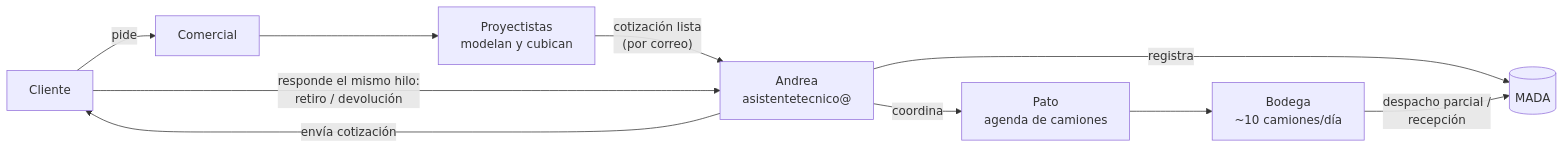
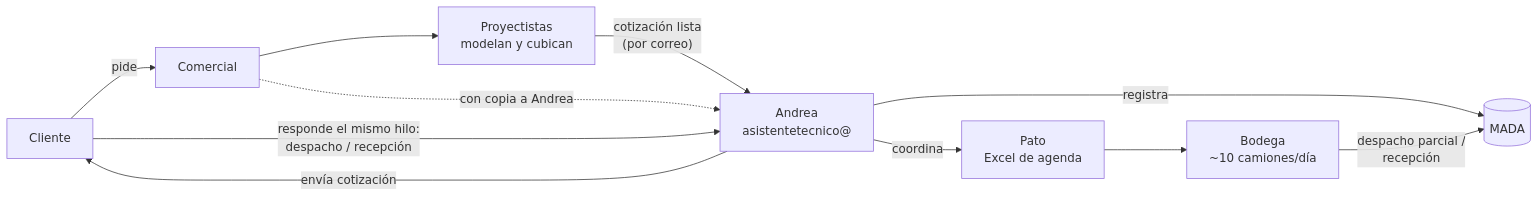
The diagram in docs/01-diagnostico.md (zhbozzo/alzatec), drawn with Mermaid before and after one commit. The commit also changed other lines of this file and 4 other files, not shown here.

First line of the commit message:
Agenda en el Excel de Pato con alerta de día copado

````diff
--- a/docs/01-diagnostico.md
+++ b/docs/01-diagnostico.md
@@ -19,12 +17,13 @@
 ```mermaid
 flowchart LR
   CL[Cliente] -->|pide| VE[Comercial]
   VE --> PR["Proyectistas<br/>modelan y cubican"]
   PR -->|"cotización lista<br/>(por correo)"| AN["Andrea<br/>asistentetecnico@"]
   AN -->|envía cotización| CL
   AN -->|registra| MADA[("MADA")]
-  CL -->|"responde el mismo hilo:<br/>retiro / devolución"| AN
-  AN -->|coordina| PA["Pato<br/>agenda de camiones"]
+  CL -->|"responde el mismo hilo:<br/>despacho / recepción"| AN
+  VE -.->|"con copia a Andrea"| AN
+  AN -->|coordina| PA["Pato<br/>Excel de agenda"]
   PA --> BO["Bodega<br/>~10 camiones/día"]
   BO -->|"despacho parcial /<br/>recepción"| MADA
 ```
````
